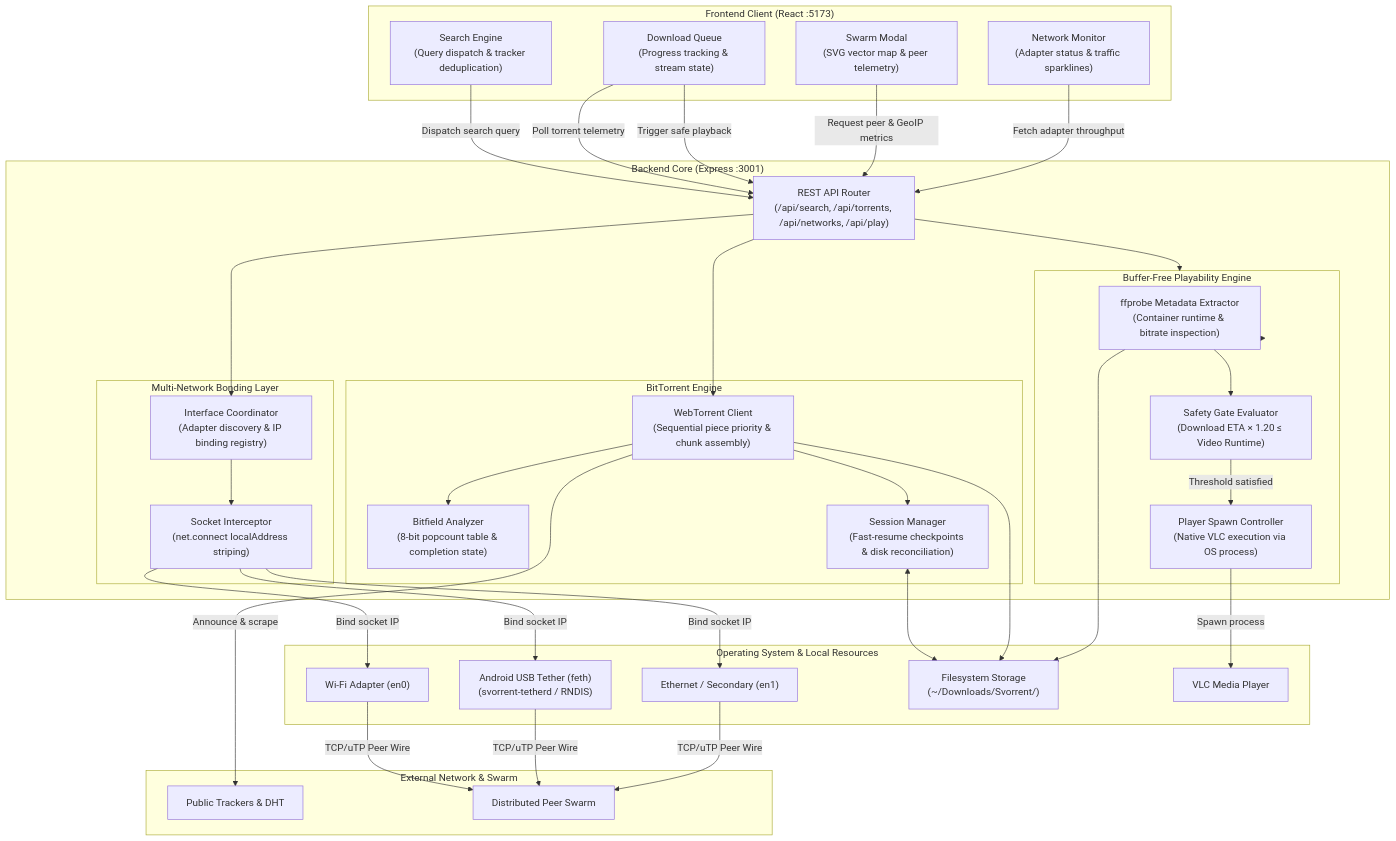
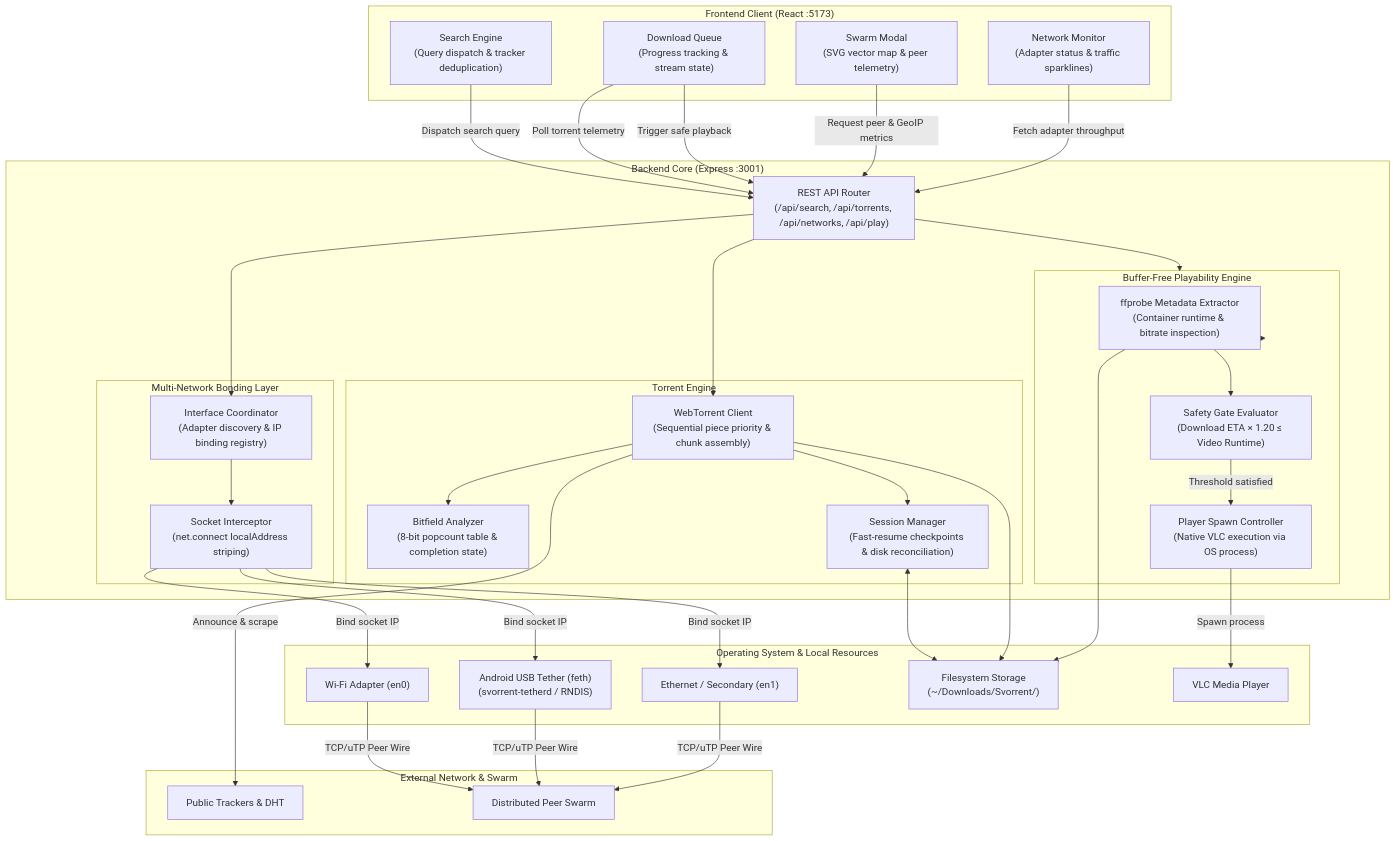
Before and after one commit to AdhishXD/svorrent: the diagram in README.md, drawn with Mermaid. The commit also changed other lines of this file and 1 other file, not shown here.

Commit message:
docs: add MIT license and remove third-party BitTorrent Web references

````diff
--- a/README.md
+++ b/README.md
@@ -175,79 +175,79 @@
 ```mermaid
 flowchart TD
     subgraph Client["Frontend Client (React :5173)"]
         UI_Search["Search Engine<br/>(Query dispatch & tracker deduplication)"]
         UI_Queue["Download Queue<br/>(Progress tracking & stream state)"]
         UI_Swarm["Swarm Modal<br/>(SVG vector map & peer telemetry)"]
         UI_Net["Network Monitor<br/>(Adapter status & traffic sparklines)"]
     end
 
     subgraph Server["Backend Core (Express :3001)"]
         API["REST API Router<br/>(/api/search, /api/torrents, /api/networks, /api/play)"]
         
-        subgraph TorrentEngine["BitTorrent Engine"]
+        subgraph TorrentEngine["Torrent Engine"]
             WT["WebTorrent Client<br/>(Sequential piece priority & chunk assembly)"]
             Bitfield["Bitfield Analyzer<br/>(8-bit popcount table & completion state)"]
             Session["Session Manager<br/>(Fast-resume checkpoints & disk reconciliation)"]
         end
 
         subgraph MediaEngine["Buffer-Free Playability Engine"]
             Probe["ffprobe Metadata Extractor<br/>(Container runtime & bitrate inspection)"]
             Calc["Safety Gate Evaluator<br/>(Download ETA × 1.20 ≤ Video Runtime)"]
             Launcher["Player Spawn Controller<br/>(Native VLC execution via OS process)"]
         end
 
         subgraph NetLayer["Multi-Network Bonding Layer"]
             NetMgr["Interface Coordinator<br/>(Adapter discovery & IP binding registry)"]
             SocketHook["Socket Interceptor<br/>(net.connect localAddress striping)"]
         end
     end
 
     subgraph OS["Operating System & Local Resources"]
         IF_WiFi["Wi-Fi Adapter (en0)"]
         IF_Tether["Android USB Tether (feth)<br/>(svorrent-tetherd / RNDIS)"]
         IF_Eth["Ethernet / Secondary (en1)"]
         Disk["Filesystem Storage<br/>(~/Downloads/Svorrent/)"]
         VLC["VLC Media Player"]
     end
 
     subgraph Remote["External Network & Swarm"]
         Trackers["Public Trackers & DHT"]
         Peers["Distributed Peer Swarm"]
     end
 
     %% Frontend to Backend interactions
     UI_Search -->|Dispatch search query| API
     UI_Queue -->|Poll torrent telemetry| API
     UI_Queue -->|Trigger safe playback| API
     UI_Swarm -->|Request peer & GeoIP metrics| API
     UI_Net -->|Fetch adapter throughput| API
 
     %% Backend internal orchestration
     API --> WT
     API --> NetMgr
     API --> MediaEngine
     
     WT --> Bitfield
     WT --> Session
     Session <--> Disk
     WT --> Disk
 
     %% Playability flow
     MediaEngine --> Probe
     Probe --> Disk
     Probe --> Calc
     Calc -->|Threshold satisfied| Launcher
     Launcher -->|Spawn process| VLC
 
     %% Multi-network socket routing
     NetMgr --> SocketHook
     SocketHook -->|Bind socket IP| IF_WiFi
     SocketHook -->|Bind socket IP| IF_Tether
     SocketHook -->|Bind socket IP| IF_Eth
 
     %% Uplinks to Remote Swarm
     IF_WiFi -->|TCP/uTP Peer Wire| Peers
     IF_Tether -->|TCP/uTP Peer Wire| Peers
     IF_Eth -->|TCP/uTP Peer Wire| Peers
     WT -->|Announce & scrape| Trackers
 ```
````
